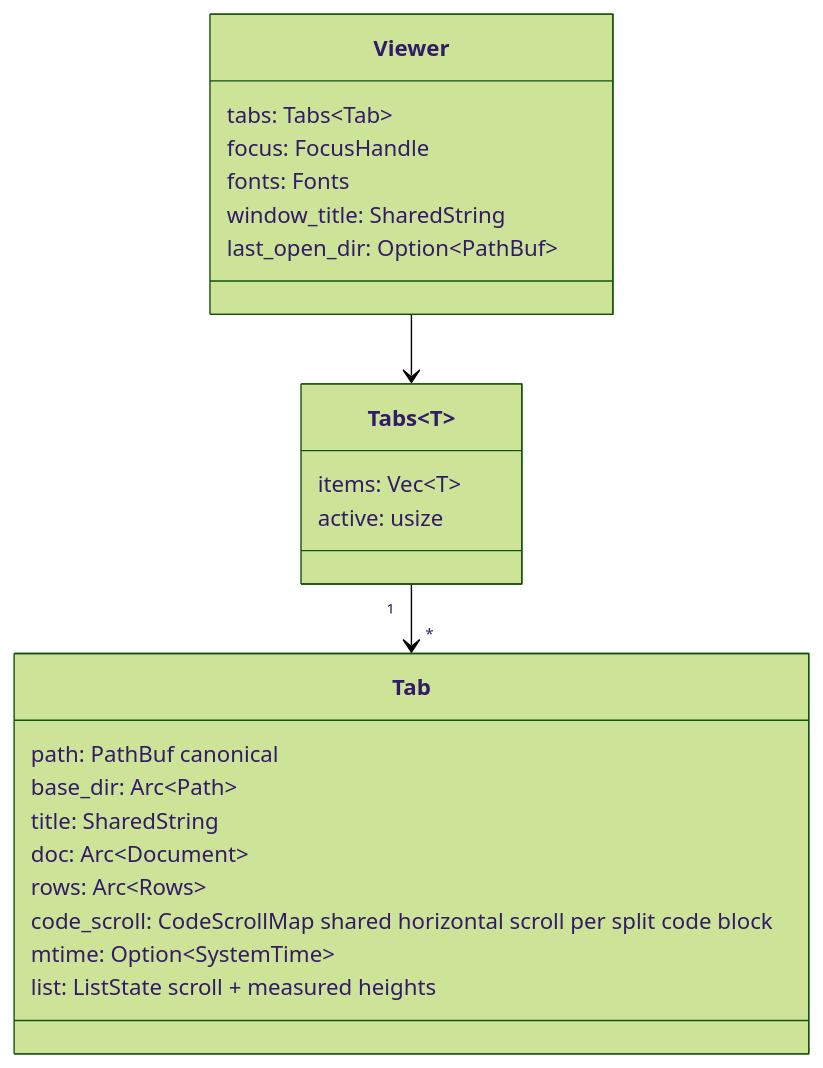
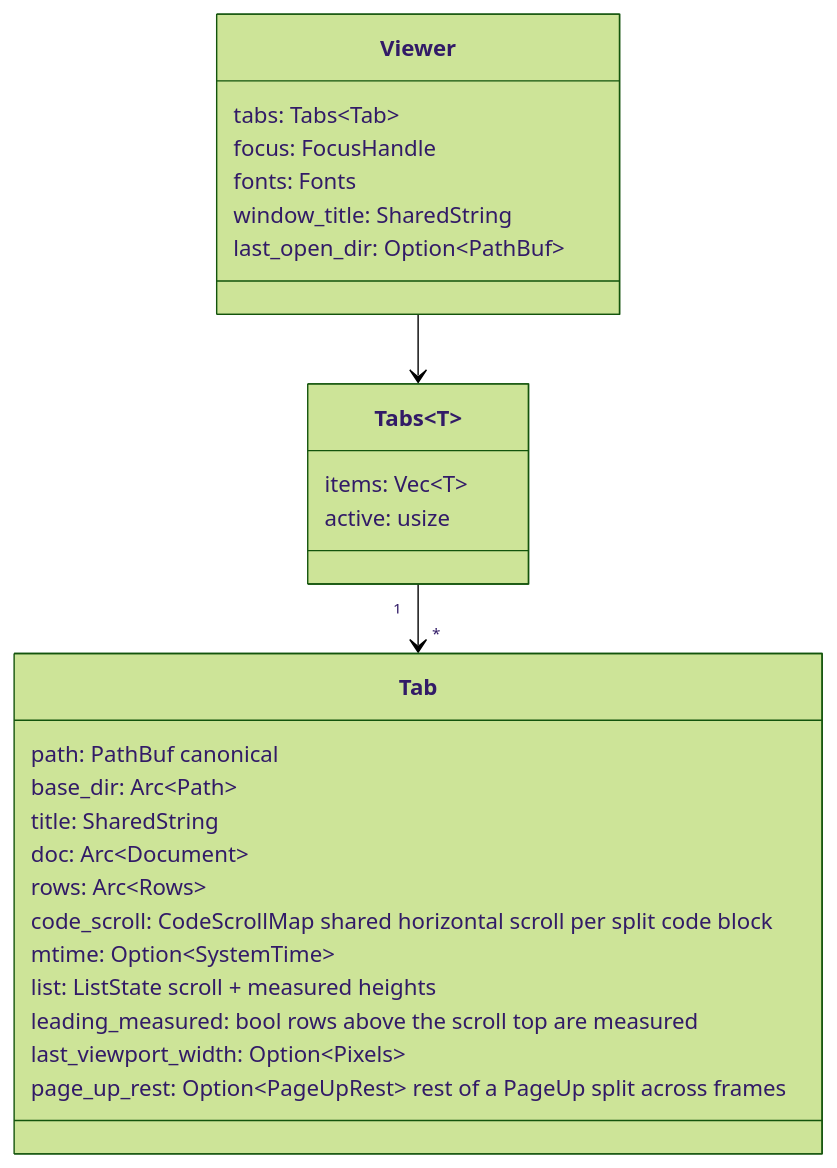
Before and after one commit to JorgeAgar/markdown-viewer-zed: the third of 6 diagrams in docs/architecture.md, drawn with Mermaid (forest theme). The commit also changed 4 other files, not shown here.

````diff
--- a/docs/architecture.md
+++ b/docs/architecture.md
@@ -157,26 +157,29 @@
 ```mermaid
 classDiagram
     class Viewer {
         tabs: Tabs~Tab~
         focus: FocusHandle
         fonts: Fonts
         window_title: SharedString
         last_open_dir: Option~PathBuf~
     }
     class Tab {
         path: PathBuf  canonical
         base_dir: Arc~Path~
         title: SharedString
         doc: Arc~Document~
         rows: Arc~Rows~
         code_scroll: CodeScrollMap  shared horizontal scroll per split code block
         mtime: Option~SystemTime~
         list: ListState  scroll + measured heights
+        leading_measured: bool  rows above the scroll top are measured
+        last_viewport_width: Option~Pixels~
+        page_up_rest: Option~PageUpRest~  rest of a PageUp split across frames
     }
     class Tabs~T~ {
         items: Vec~T~
         active: usize
     }
     Viewer --> Tabs
     Tabs "1" --> "*" Tab
 ```
````
